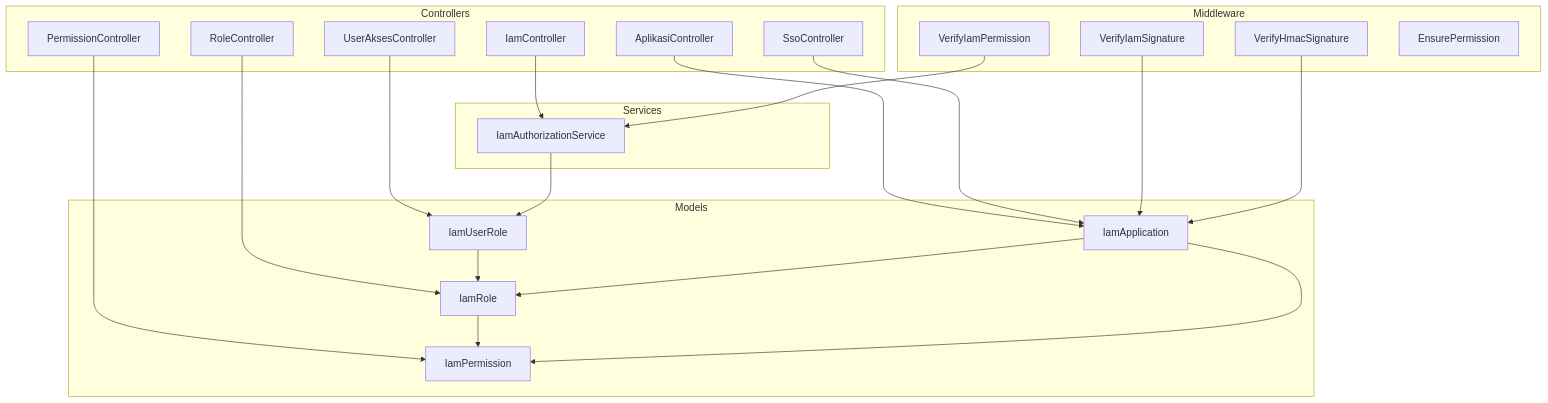
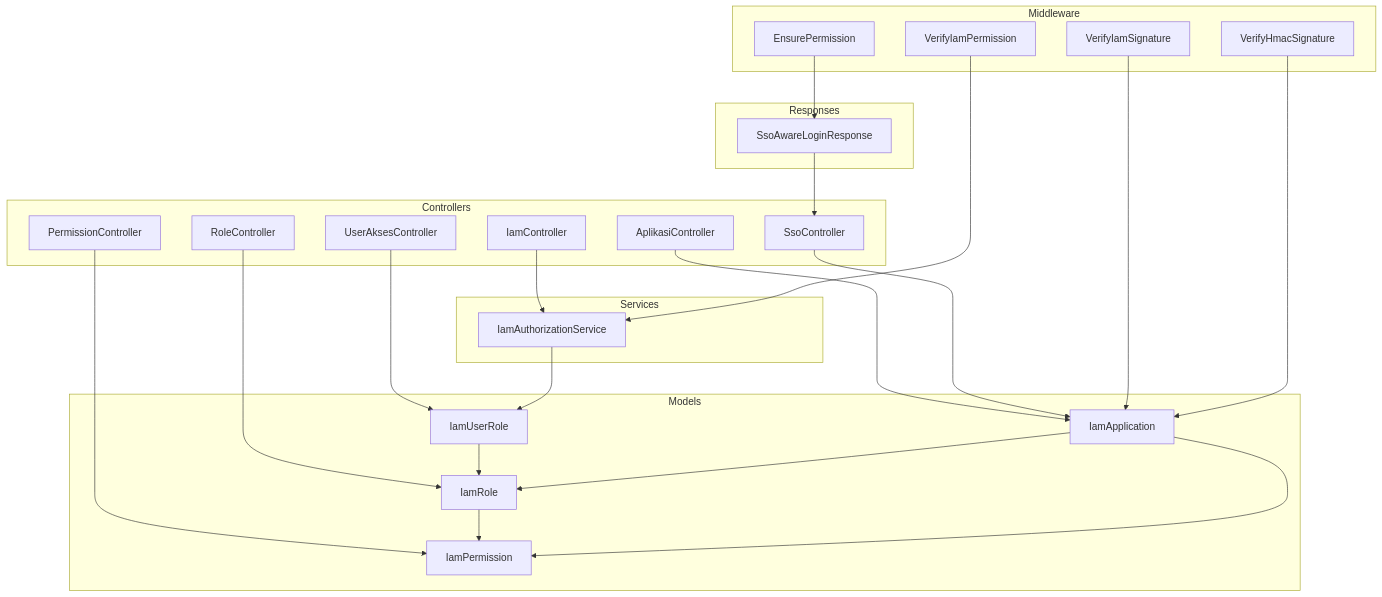
One commit to PA-Penajam/kepegawaian_apps changed the first of 10 diagrams in .qoder/repowiki/en/content/Identity and Access Management (IAM)/Identity and Access Management (IAM).md. Above: the diagram before and after it, drawn with Mermaid. The commit also changed other lines of this file and 13 other files, not shown here.

````diff
--- a/.qoder/repowiki/en/content/Identity and Access Management (IAM)/Identity and Access Management (IAM).md
+++ b/.qoder/repowiki/en/content/Identity and Access Management (IAM)/Identity and Access Management (IAM).md
@@ -49,40 +51,45 @@
 ```mermaid
 graph TB
 subgraph "Controllers"
 AC["AplikasiController"]
 RC["RoleController"]
 PC["PermissionController"]
 UAC["UserAksesController"]
 SSC["SsoController"]
 IC["IamController"]
 end
 subgraph "Middleware"
 VIM["VerifyIamSignature"]
 VHMAC["VerifyHmacSignature"]
 VIP["VerifyIamPermission"]
 EP["EnsurePermission"]
+end
+subgraph "Responses"
+SLR["SsoAwareLoginResponse"]
 end
 subgraph "Services"
 IAS["IamAuthorizationService"]
 end
 subgraph "Models"
 APP["IamApplication"]
 ROLE["IamRole"]
 PERM["IamPermission"]
 UROLE["IamUserRole"]
 end
 AC --> APP
 RC --> ROLE
 PC --> PERM
 UAC --> UROLE
 SSC --> APP
 IC --> IAS
 VIM --> APP
 VHMAC --> APP
 VIP --> IAS
+EP --> SLR
+SLR --> SSC
 IAS --> UROLE
 UROLE --> ROLE
 ROLE --> PERM
 APP --> ROLE
 APP --> PERM
 ```
````
